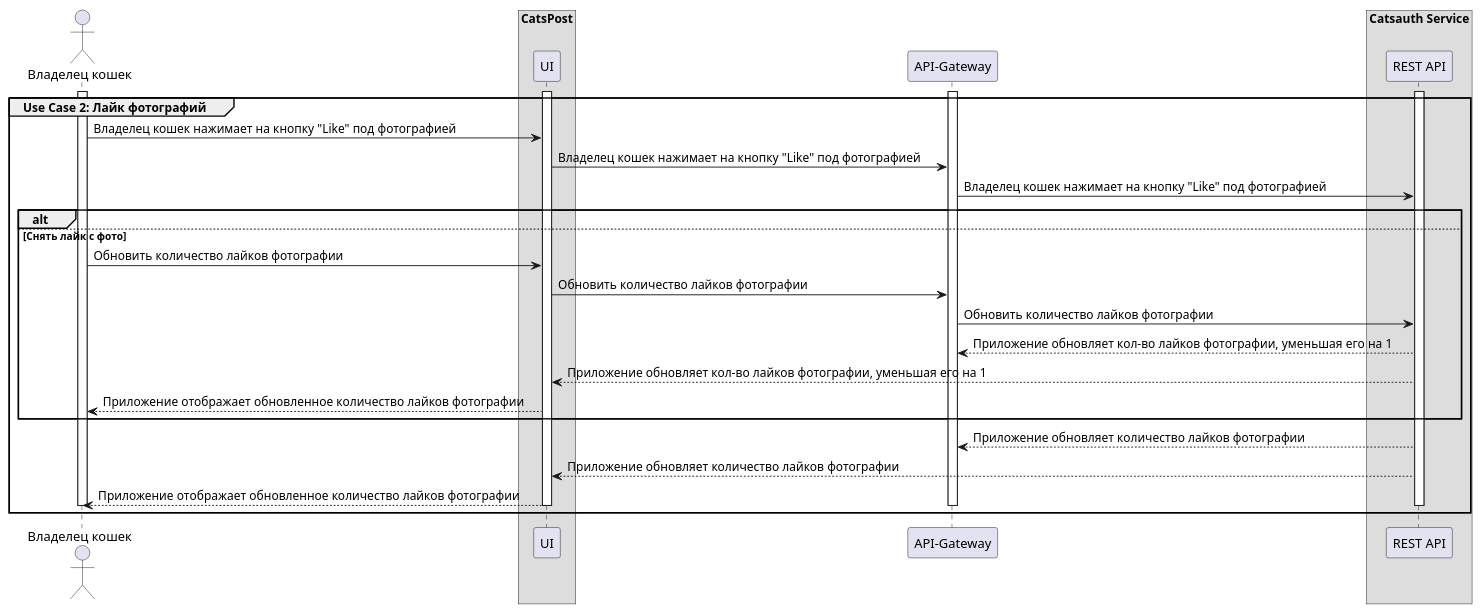
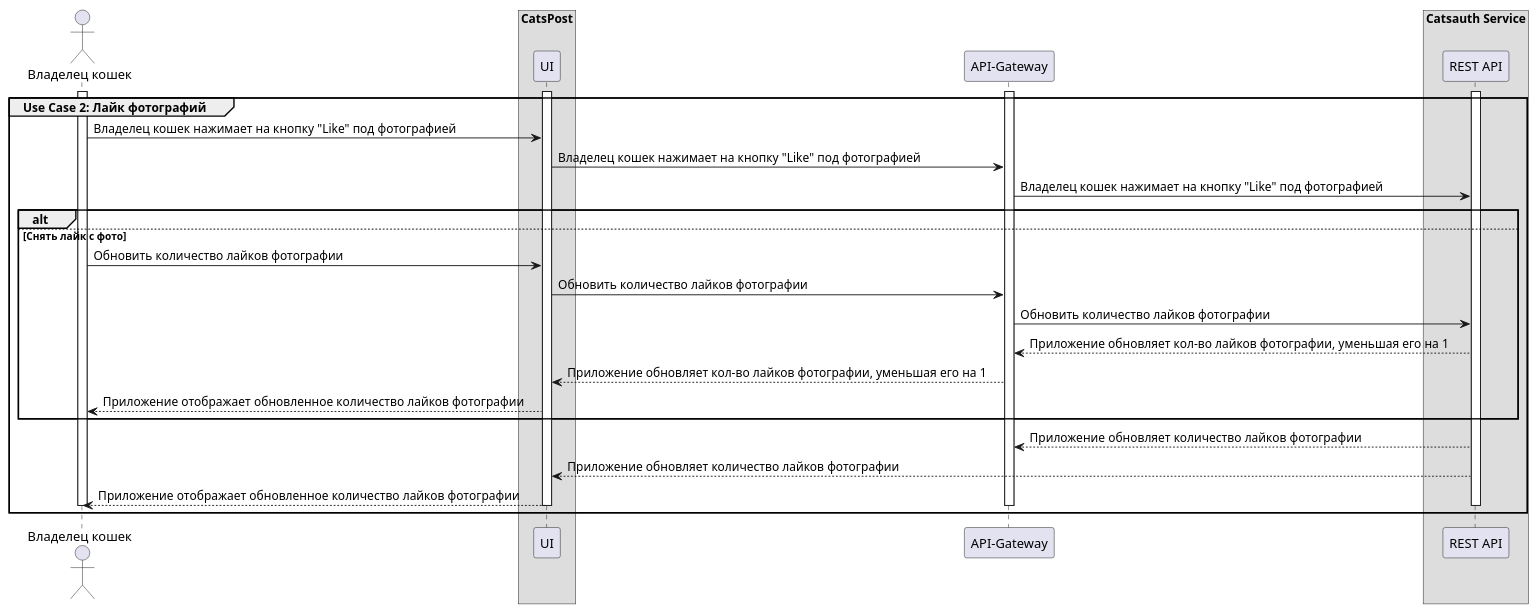
The diagram in src/docs/asciidoc/uml/seq_diaqrams/like.puml (nikitcat/requirements.github.io), drawn with PlantUML before and after one commit.

```diff
--- a/src/docs/asciidoc/uml/seq_diaqrams/like.puml
+++ b/src/docs/asciidoc/uml/seq_diaqrams/like.puml
@@ -1,38 +1,38 @@
 @startuml
 actor "Владелец кошек" as User
 box "CatsPost"
     participant "UI" as UI
 end box
 participant "API-Gateway" as Gateway
 box "Catsauth Service"
 participant "REST API" as REST
 end box
 
 
 
 group Use Case 2: Лайк фотографий
 activate User
 activate UI
 activate Gateway
 activate REST
 User -> UI:Владелец кошек нажимает на кнопку "Like" под фотографией
 UI -> Gateway:Владелец кошек нажимает на кнопку "Like" под фотографией
 Gateway -> REST:Владелец кошек нажимает на кнопку "Like" под фотографией
 alt
 else Снять лайк с фото
 User -> UI:Обновить количество лайков фотографии
 UI -> Gateway:Обновить количество лайков фотографии
 Gateway -> REST:Обновить количество лайков фотографии
 Gateway <-- REST:Приложение обновляет кол-во лайков фотографии, уменьшая его на 1
-UI <-- REST:Приложение обновляет кол-во лайков фотографии, уменьшая его на 1
+UI <-- Gateway:Приложение обновляет кол-во лайков фотографии, уменьшая его на 1
 User <-- UI:Приложение отображает обновленное количество лайков фотографии
 end
 Gateway <-- REST:Приложение обновляет количество лайков фотографии
 UI <-- REST:Приложение обновляет количество лайков фотографии
 User <-- UI:Приложение отображает обновленное количество лайков фотографии
 deactivate User
 deactivate UI
 deactivate Gateway
 deactivate REST
 end group
 @enduml
```
